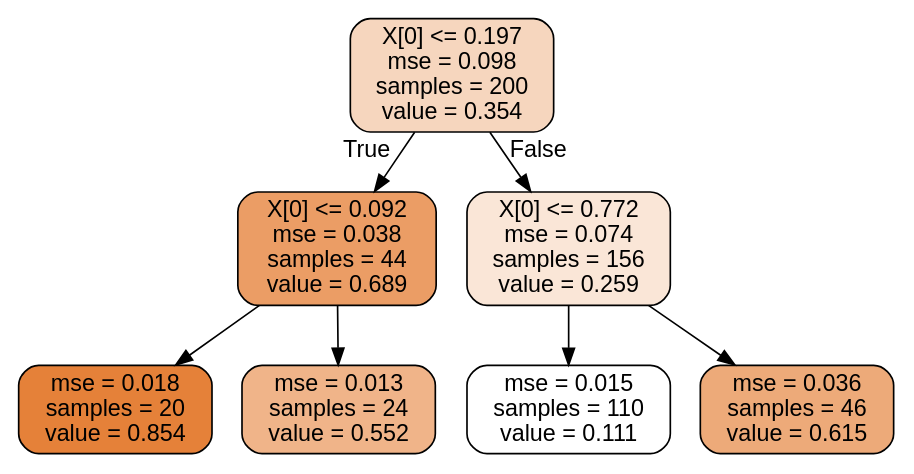
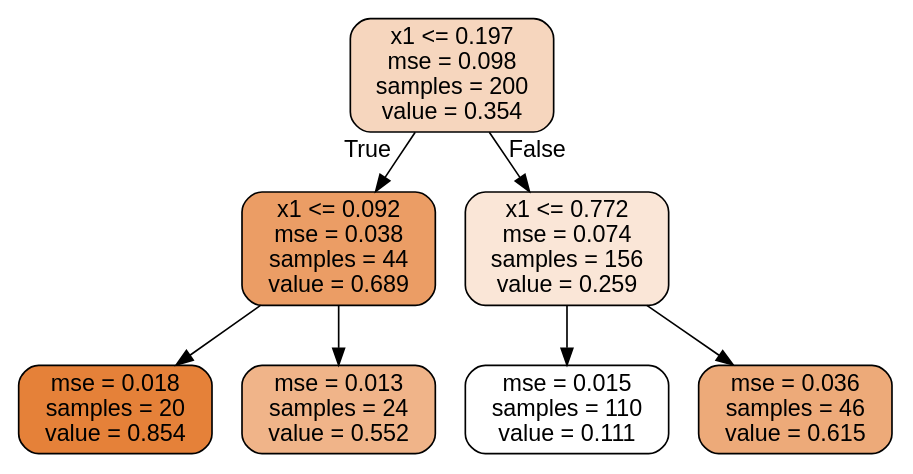
The diagram in Machine-learning/images/decision_trees/iris_reg.dot (hwan1113/Jupyter_DataScience), drawn with Graphviz before and after one commit. The commit also changed 60 other files, not shown here.

```diff
--- a/Machine-learning/images/decision_trees/iris_reg.dot
+++ b/Machine-learning/images/decision_trees/iris_reg.dot
@@ -1,17 +1,17 @@
 digraph Tree {
 node [shape=box, style="filled, rounded", color="black", fontname=helvetica] ;
 edge [fontname=helvetica] ;
-0 [label="X[0] <= 0.197\nmse = 0.098\nsamples = 200\nvalue = 0.354", fillcolor="#f6d6be"] ;
-1 [label="X[0] <= 0.092\nmse = 0.038\nsamples = 44\nvalue = 0.689", fillcolor="#eb9d65"] ;
+0 [label="x1 <= 0.197\nmse = 0.098\nsamples = 200\nvalue = 0.354", fillcolor="#f6d6be"] ;
+1 [label="x1 <= 0.092\nmse = 0.038\nsamples = 44\nvalue = 0.689", fillcolor="#eb9d65"] ;
 0 -> 1 [labeldistance=2.5, labelangle=45, headlabel="True"] ;
 2 [label="mse = 0.018\nsamples = 20\nvalue = 0.854", fillcolor="#e58139"] ;
 1 -> 2 ;
 3 [label="mse = 0.013\nsamples = 24\nvalue = 0.552", fillcolor="#f0b489"] ;
 1 -> 3 ;
-4 [label="X[0] <= 0.772\nmse = 0.074\nsamples = 156\nvalue = 0.259", fillcolor="#fae6d7"] ;
+4 [label="x1 <= 0.772\nmse = 0.074\nsamples = 156\nvalue = 0.259", fillcolor="#fae6d7"] ;
 0 -> 4 [labeldistance=2.5, labelangle=-45, headlabel="False"] ;
 5 [label="mse = 0.015\nsamples = 110\nvalue = 0.111", fillcolor="#ffffff"] ;
 4 -> 5 ;
 6 [label="mse = 0.036\nsamples = 46\nvalue = 0.615", fillcolor="#edaa79"] ;
 4 -> 6 ;
 }
```
